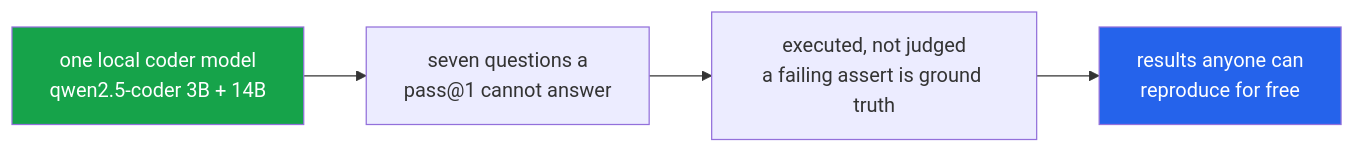
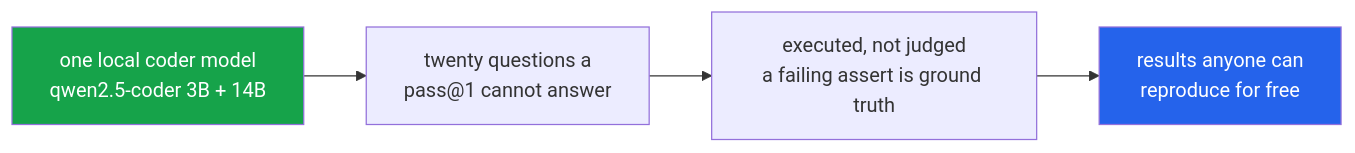
One commit to hammasbuilds/code-llm-lab changed the diagram in README.md. Above: the diagram before and after it, drawn with Mermaid. The commit also changed other lines of this file and 29 other files, not shown here.

````diff
--- a/README.md
+++ b/README.md
@@ -27,9 +27,9 @@
 ```mermaid
 flowchart LR
-    M["one local coder model<br/>qwen2.5-coder 3B + 14B"] --> Q["seven questions a<br/>pass@1 cannot answer"]
+    M["one local coder model<br/>qwen2.5-coder 3B + 14B"] --> Q["twenty questions a<br/>pass@1 cannot answer"]
     Q --> E["executed, not judged<br/>a failing assert is ground truth"]
     E --> R["results anyone can<br/>reproduce for free"]
 
     style M fill:#16a34a,color:#fff
     style R fill:#2563eb,color:#fff
 ```
````
